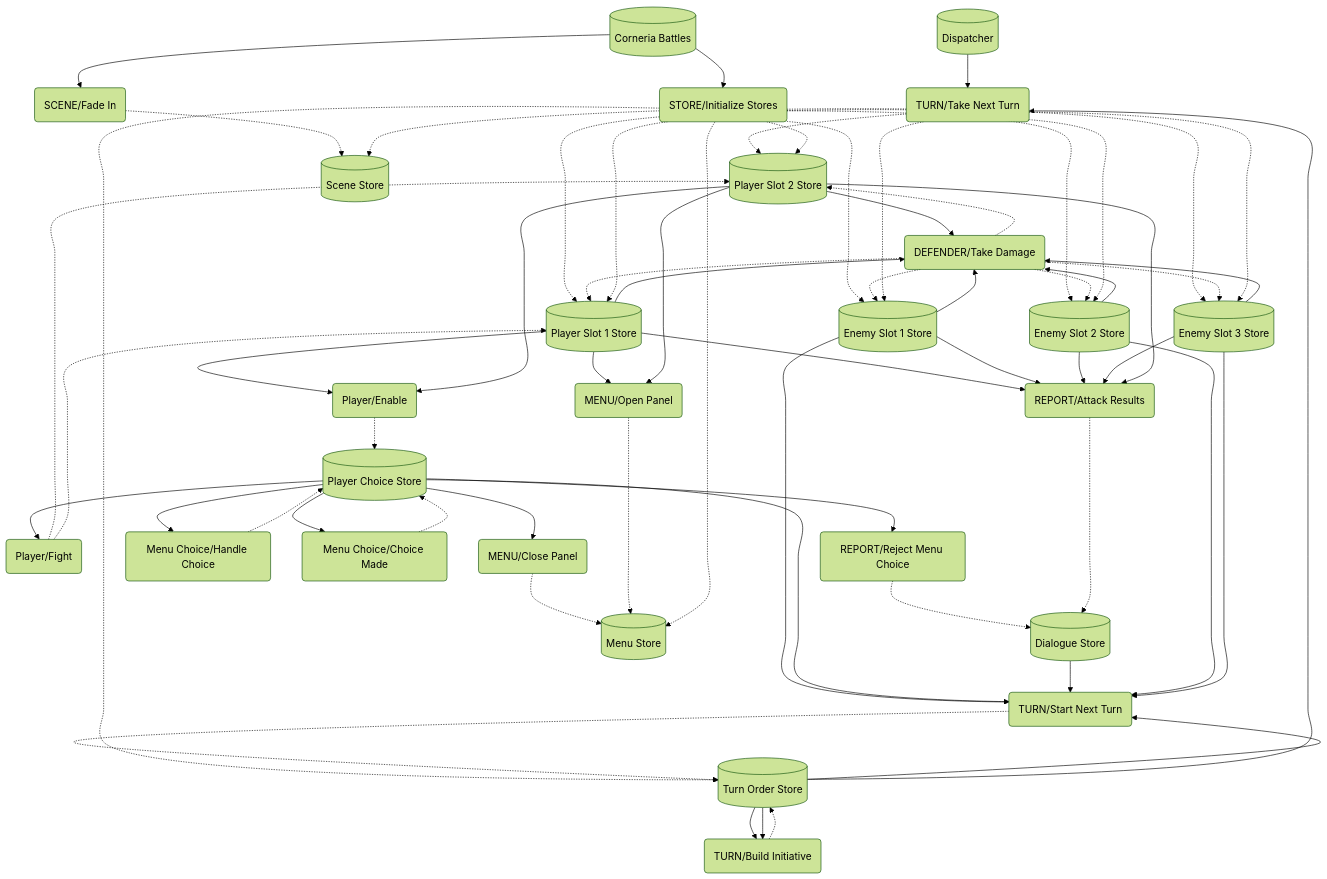
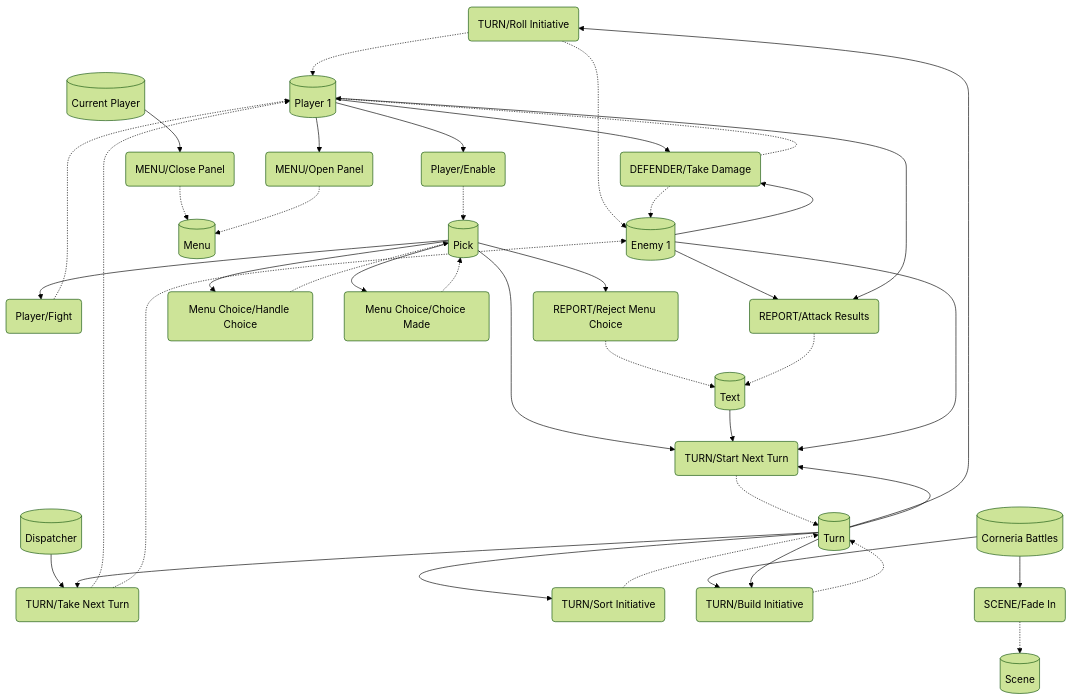
Before and after one commit to kinostl/We-Have-To-Kill-Chaos: the diagram in dat_chart.md, drawn with Mermaid (forest theme). The commit also changed 2 other files, not shown here.

Commit message:
update dat chart

````diff
--- a/dat_chart.md
+++ b/dat_chart.md
@@ -1,65 +1,43 @@
 ```mermaid
-%%{ init: { 'flowchart': { 'curve': 'catmullRom' } } }%%
-flowchart TD
-a8(TURN/Take Next Turn)-.->1d2b8415-25a9-44fe-8843-6e86b60f76df[(Player Slot 2 Store)]
-a9(DEFENDER/Take Damage)-.->1d2b8415-25a9-44fe-8843-6e86b60f76df[(Player Slot 2 Store)]
-a1(Player/Fight)-.->1d2b8415-25a9-44fe-8843-6e86b60f76df[(Player Slot 2 Store)]
-a0(STORE/Initialize Stores)-.->1d2b8415-25a9-44fe-8843-6e86b60f76df[(Player Slot 2 Store)]
-a0(STORE/Initialize Stores)-.->b1485b54-946e-4c56-9971-ceef4c138eff[(Enemy Slot 3 Store)]
-a9(DEFENDER/Take Damage)-.->b1485b54-946e-4c56-9971-ceef4c138eff[(Enemy Slot 3 Store)]
-a8(TURN/Take Next Turn)-.->b1485b54-946e-4c56-9971-ceef4c138eff[(Enemy Slot 3 Store)]
-a0(STORE/Initialize Stores)-.->9c7813d8-1d8c-4eab-aaaa-6b885a213232[(Enemy Slot 2 Store)]
-a9(DEFENDER/Take Damage)-.->9c7813d8-1d8c-4eab-aaaa-6b885a213232[(Enemy Slot 2 Store)]
-a8(TURN/Take Next Turn)-.->9c7813d8-1d8c-4eab-aaaa-6b885a213232[(Enemy Slot 2 Store)]
-a16(TURN/Build Initiative)-.->82583aa5-bc2f-4df9-9739-28dbdfb81f7b[(Turn Order Store)]
-a14(TURN/Start Next Turn)-.->82583aa5-bc2f-4df9-9739-28dbdfb81f7b[(Turn Order Store)]
-a0(STORE/Initialize Stores)-.->82583aa5-bc2f-4df9-9739-28dbdfb81f7b[(Turn Order Store)]
-a20(REPORT/Reject Menu Choice)-.->29bc472f-2cd1-48f2-aa4c-2cc45d69707c[(Dialogue Store)]
-a18(REPORT/Attack Results)-.->29bc472f-2cd1-48f2-aa4c-2cc45d69707c[(Dialogue Store)]
-a13(SCENE/Fade In)-.->9804e062-c29c-48b9-a893-f0c02a9b745d[(Scene Store)]
-a0(STORE/Initialize Stores)-.->9804e062-c29c-48b9-a893-f0c02a9b745d[(Scene Store)]
-a10(Player/Enable)-.->84c0a2e8-6dbd-4f3f-b294-2ce0c30e652b[(Player Choice Store)]
-a21(Menu Choice/Handle Choice)-.->84c0a2e8-6dbd-4f3f-b294-2ce0c30e652b[(Player Choice Store)]
-a11(Menu Choice/Choice Made)-.->84c0a2e8-6dbd-4f3f-b294-2ce0c30e652b[(Player Choice Store)]
-a15(MENU/Close Panel)-.->182a8ca6-c0cd-4216-ae8f-e3c706512a51[(Menu Store)]
-a12(MENU/Open Panel)-.->182a8ca6-c0cd-4216-ae8f-e3c706512a51[(Menu Store)]
-a0(STORE/Initialize Stores)-.->182a8ca6-c0cd-4216-ae8f-e3c706512a51[(Menu Store)]
-a0(STORE/Initialize Stores)-.->7e890799-3cbc-41dd-80b5-b164b9555ec7[(Enemy Slot 1 Store)]
-a9(DEFENDER/Take Damage)-.->7e890799-3cbc-41dd-80b5-b164b9555ec7[(Enemy Slot 1 Store)]
-a8(TURN/Take Next Turn)-.->7e890799-3cbc-41dd-80b5-b164b9555ec7[(Enemy Slot 1 Store)]
-a8(TURN/Take Next Turn)-.->7e9e2248-0ccc-4df3-aea0-83236a0b7f9d[(Player Slot 1 Store)]
-a9(DEFENDER/Take Damage)-.->7e9e2248-0ccc-4df3-aea0-83236a0b7f9d[(Player Slot 1 Store)]
-a1(Player/Fight)-.->7e9e2248-0ccc-4df3-aea0-83236a0b7f9d[(Player Slot 1 Store)]
-a0(STORE/Initialize Stores)-.->7e9e2248-0ccc-4df3-aea0-83236a0b7f9d[(Player Slot 1 Store)]
-54274c5f-f51d-420e-b717-bd0d155bcef3[(Corneria Battles)]-->a0(STORE/Initialize Stores)
+flowchart
+a19(TURN/Roll Initiative)-.->9ac61e31-ec75-45a5-bf25-84a0a501eef1[(Player 1)]
+a8(TURN/Take Next Turn)-.->9ac61e31-ec75-45a5-bf25-84a0a501eef1[(Player 1)]
+a9(DEFENDER/Take Damage)-.->9ac61e31-ec75-45a5-bf25-84a0a501eef1[(Player 1)]
+a1(Player/Fight)-.->9ac61e31-ec75-45a5-bf25-84a0a501eef1[(Player 1)]
+a19(TURN/Roll Initiative)-.->1fdbce4b-293e-4d6b-9814-999713fe2059[(Enemy 1)]
+a9(DEFENDER/Take Damage)-.->1fdbce4b-293e-4d6b-9814-999713fe2059[(Enemy 1)]
+a8(TURN/Take Next Turn)-.->1fdbce4b-293e-4d6b-9814-999713fe2059[(Enemy 1)]
+a22(TURN/Sort Initiative)-.->d59534e2-c1fe-464b-84f2-1cc8a57fb469[(Turn)]
+a16(TURN/Build Initiative)-.->d59534e2-c1fe-464b-84f2-1cc8a57fb469[(Turn)]
+a14(TURN/Start Next Turn)-.->d59534e2-c1fe-464b-84f2-1cc8a57fb469[(Turn)]
+a20(REPORT/Reject Menu Choice)-.->7ec82437-bd54-4415-85ec-29cfd162b90e[(Text)]
+a18(REPORT/Attack Results)-.->7ec82437-bd54-4415-85ec-29cfd162b90e[(Text)]
+a10(Player/Enable)-.->7f24e158-f430-43b7-b3b4-0aad714b8f1d[(Pick)]
+a21(Menu Choice/Handle Choice)-.->7f24e158-f430-43b7-b3b4-0aad714b8f1d[(Pick)]
+a11(Menu Choice/Choice Made)-.->7f24e158-f430-43b7-b3b4-0aad714b8f1d[(Pick)]
+a15(MENU/Close Panel)-.->26da9c1f-5ab4-49c1-96da-c6513e769ee3[(Menu)]
+a12(MENU/Open Panel)-.->26da9c1f-5ab4-49c1-96da-c6513e769ee3[(Menu)]
+a13(SCENE/Fade In)-.->cb73bdaa-9746-4d94-a75a-1b8c23a4239b[(Scene)]
 54274c5f-f51d-420e-b717-bd0d155bcef3[(Corneria Battles)]-->a13(SCENE/Fade In)
-7e9e2248-0ccc-4df3-aea0-83236a0b7f9d[(Player Slot 1 Store)]-->a9(DEFENDER/Take Damage)
-7e9e2248-0ccc-4df3-aea0-83236a0b7f9d[(Player Slot 1 Store)]-->a18(REPORT/Attack Results)
-7e9e2248-0ccc-4df3-aea0-83236a0b7f9d[(Player Slot 1 Store)]-->a12(MENU/Open Panel)
-7e9e2248-0ccc-4df3-aea0-83236a0b7f9d[(Player Slot 1 Store)]-->a10(Player/Enable)
-7e890799-3cbc-41dd-80b5-b164b9555ec7[(Enemy Slot 1 Store)]-->a9(DEFENDER/Take Damage)
-7e890799-3cbc-41dd-80b5-b164b9555ec7[(Enemy Slot 1 Store)]-->a14(TURN/Start Next Turn)
-7e890799-3cbc-41dd-80b5-b164b9555ec7[(Enemy Slot 1 Store)]-->a18(REPORT/Attack Results)
-660916d1-1efb-456e-b770-10b9c9a8f913[(Dispatcher)]-->a8(TURN/Take Next Turn)
-84c0a2e8-6dbd-4f3f-b294-2ce0c30e652b[(Player Choice Store)]-->a15(MENU/Close Panel)
-84c0a2e8-6dbd-4f3f-b294-2ce0c30e652b[(Player Choice Store)]-->a21(Menu Choice/Handle Choice)
-84c0a2e8-6dbd-4f3f-b294-2ce0c30e652b[(Player Choice Store)]-->a20(REPORT/Reject Menu Choice)
-84c0a2e8-6dbd-4f3f-b294-2ce0c30e652b[(Player Choice Store)]-->a1(Player/Fight)
-84c0a2e8-6dbd-4f3f-b294-2ce0c30e652b[(Player Choice Store)]-->a14(TURN/Start Next Turn)
-84c0a2e8-6dbd-4f3f-b294-2ce0c30e652b[(Player Choice Store)]-->a11(Menu Choice/Choice Made)
-29bc472f-2cd1-48f2-aa4c-2cc45d69707c[(Dialogue Store)]-->a14(TURN/Start Next Turn)
-82583aa5-bc2f-4df9-9739-28dbdfb81f7b[(Turn Order Store)]-->a16(TURN/Build Initiative)
-82583aa5-bc2f-4df9-9739-28dbdfb81f7b[(Turn Order Store)]-->a16(TURN/Build Initiative)
-82583aa5-bc2f-4df9-9739-28dbdfb81f7b[(Turn Order Store)]-->a8(TURN/Take Next Turn)
-82583aa5-bc2f-4df9-9739-28dbdfb81f7b[(Turn Order Store)]-->a14(TURN/Start Next Turn)
-9c7813d8-1d8c-4eab-aaaa-6b885a213232[(Enemy Slot 2 Store)]-->a9(DEFENDER/Take Damage)
-9c7813d8-1d8c-4eab-aaaa-6b885a213232[(Enemy Slot 2 Store)]-->a14(TURN/Start Next Turn)
-9c7813d8-1d8c-4eab-aaaa-6b885a213232[(Enemy Slot 2 Store)]-->a18(REPORT/Attack Results)
-b1485b54-946e-4c56-9971-ceef4c138eff[(Enemy Slot 3 Store)]-->a9(DEFENDER/Take Damage)
-b1485b54-946e-4c56-9971-ceef4c138eff[(Enemy Slot 3 Store)]-->a14(TURN/Start Next Turn)
-b1485b54-946e-4c56-9971-ceef4c138eff[(Enemy Slot 3 Store)]-->a18(REPORT/Attack Results)
-1d2b8415-25a9-44fe-8843-6e86b60f76df[(Player Slot 2 Store)]-->a9(DEFENDER/Take Damage)
-1d2b8415-25a9-44fe-8843-6e86b60f76df[(Player Slot 2 Store)]-->a18(REPORT/Attack Results)
-1d2b8415-25a9-44fe-8843-6e86b60f76df[(Player Slot 2 Store)]-->a12(MENU/Open Panel)
-1d2b8415-25a9-44fe-8843-6e86b60f76df[(Player Slot 2 Store)]-->a10(Player/Enable)
+54274c5f-f51d-420e-b717-bd0d155bcef3[(Corneria Battles)]-->a16(TURN/Build Initiative)
+9c19db58-2e7a-44d7-861f-c4544041ec00[(Current Player)]-->a15(MENU/Close Panel)
+939cc906-4011-4090-99ce-def3308da22a[(Dispatcher)]-->a8(TURN/Take Next Turn)
+7f24e158-f430-43b7-b3b4-0aad714b8f1d[(Pick)]-->a21(Menu Choice/Handle Choice)
+7f24e158-f430-43b7-b3b4-0aad714b8f1d[(Pick)]-->a20(REPORT/Reject Menu Choice)
+7f24e158-f430-43b7-b3b4-0aad714b8f1d[(Pick)]-->a1(Player/Fight)
+7f24e158-f430-43b7-b3b4-0aad714b8f1d[(Pick)]-->a14(TURN/Start Next Turn)
+7f24e158-f430-43b7-b3b4-0aad714b8f1d[(Pick)]-->a11(Menu Choice/Choice Made)
+7ec82437-bd54-4415-85ec-29cfd162b90e[(Text)]-->a14(TURN/Start Next Turn)
+d59534e2-c1fe-464b-84f2-1cc8a57fb469[(Turn)]-->a16(TURN/Build Initiative)
+d59534e2-c1fe-464b-84f2-1cc8a57fb469[(Turn)]-->a8(TURN/Take Next Turn)
+d59534e2-c1fe-464b-84f2-1cc8a57fb469[(Turn)]-->a19(TURN/Roll Initiative)
+d59534e2-c1fe-464b-84f2-1cc8a57fb469[(Turn)]-->a22(TURN/Sort Initiative)
+d59534e2-c1fe-464b-84f2-1cc8a57fb469[(Turn)]-->a14(TURN/Start Next Turn)
+1fdbce4b-293e-4d6b-9814-999713fe2059[(Enemy 1)]-->a9(DEFENDER/Take Damage)
+1fdbce4b-293e-4d6b-9814-999713fe2059[(Enemy 1)]-->a14(TURN/Start Next Turn)
+1fdbce4b-293e-4d6b-9814-999713fe2059[(Enemy 1)]-->a18(REPORT/Attack Results)
+9ac61e31-ec75-45a5-bf25-84a0a501eef1[(Player 1)]-->a9(DEFENDER/Take Damage)
+9ac61e31-ec75-45a5-bf25-84a0a501eef1[(Player 1)]-->a18(REPORT/Attack Results)
+9ac61e31-ec75-45a5-bf25-84a0a501eef1[(Player 1)]-->a12(MENU/Open Panel)
+9ac61e31-ec75-45a5-bf25-84a0a501eef1[(Player 1)]-->a10(Player/Enable)
 ```
````
